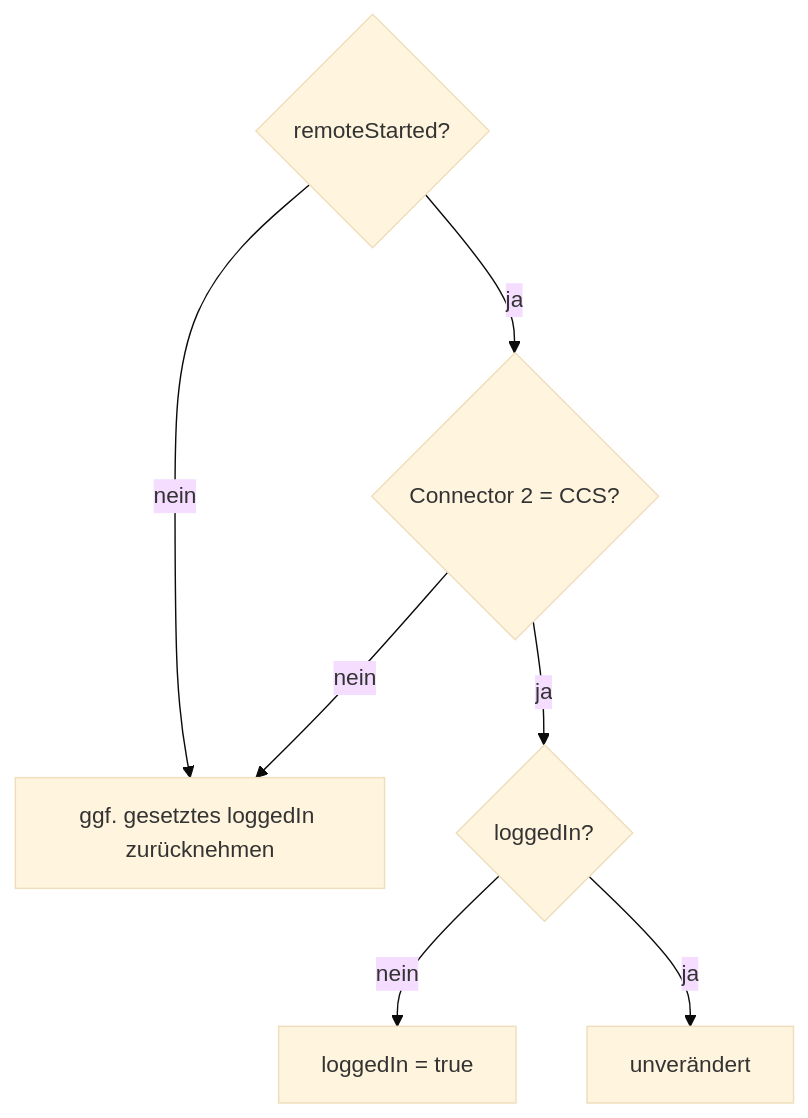
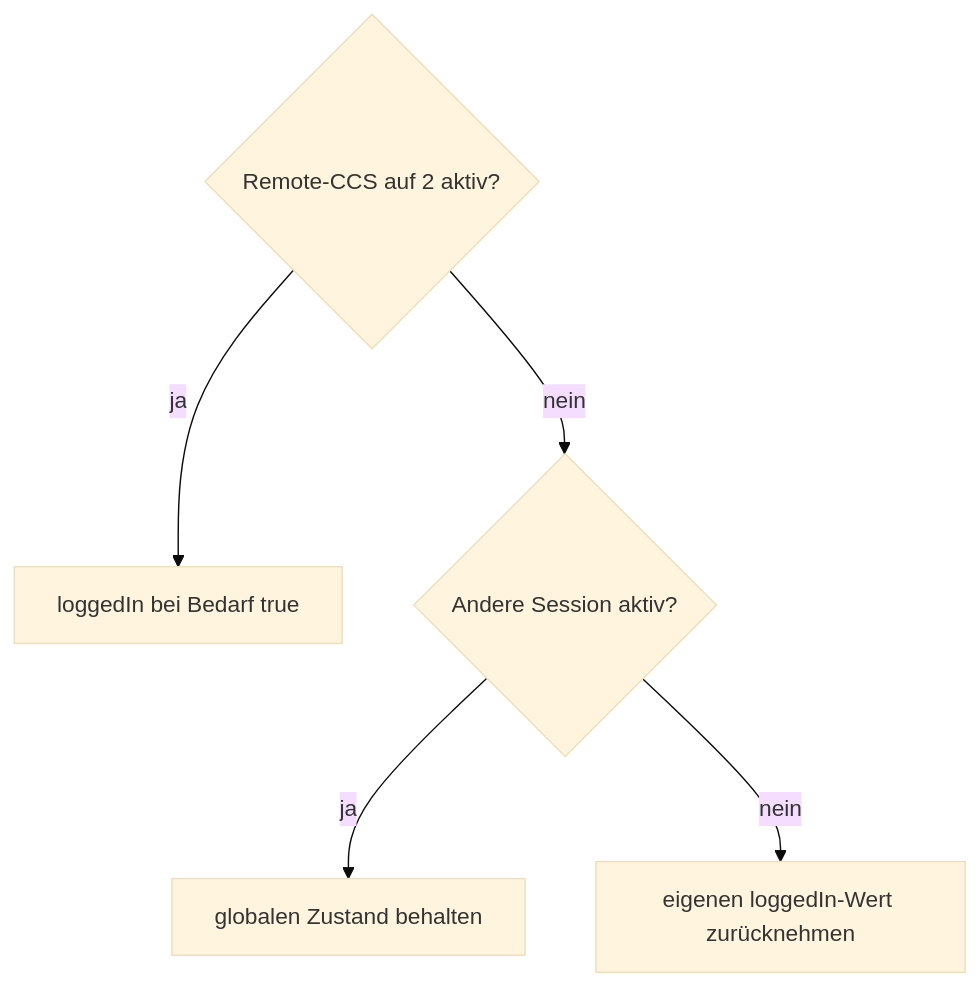
Before and after one commit to BugUser0815/QC45: the diagram in wiki/RemoteStart-und-Autorisierung.md, drawn with Mermaid (base theme). The commit also changed other lines of this file and 40 other files, not shown here.

````diff
--- a/wiki/RemoteStart-und-Autorisierung.md
+++ b/wiki/RemoteStart-und-Autorisierung.md
@@ -17,9 +19,7 @@
 ```mermaid
 flowchart TD
-  R{remoteStarted?} -->|nein| REST[ggf. gesetztes loggedIn zurücknehmen]
-  R -->|ja| C{Connector 2 = CCS?}
-  C -->|nein| REST
-  C -->|ja| L{loggedIn?}
-  L -->|nein| SET[loggedIn = true]
-  L -->|ja| KEEP[unverändert]
+  R{Remote-CCS auf 2 aktiv?} -->|ja| SET[loggedIn bei Bedarf true]
+  R -->|nein| A{Andere Session aktiv?}
+  A -->|ja| KEEP[globalen Zustand behalten]
+  A -->|nein| REST[eigenen loggedIn-Wert zurücknehmen]
 ```
````
